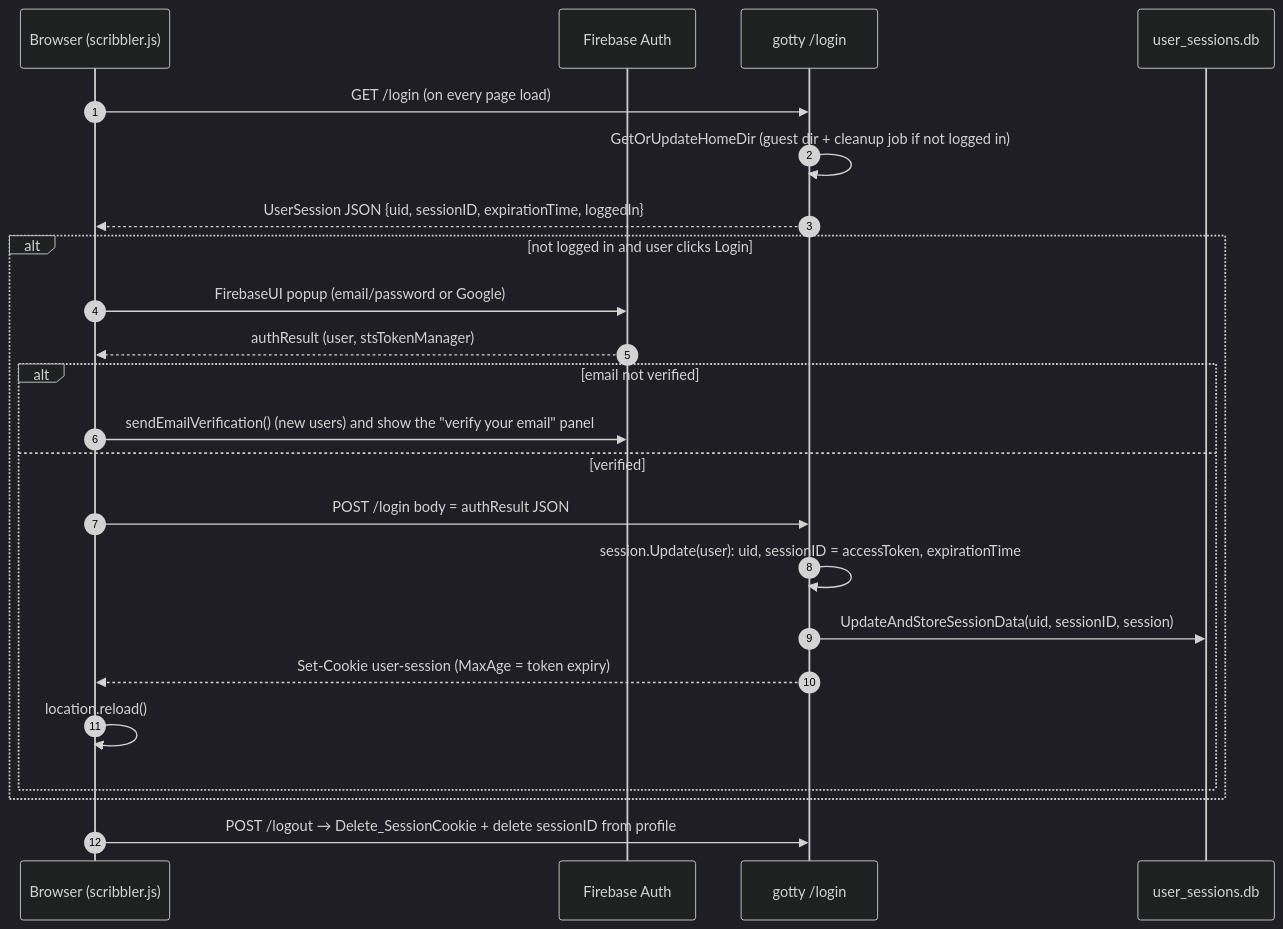
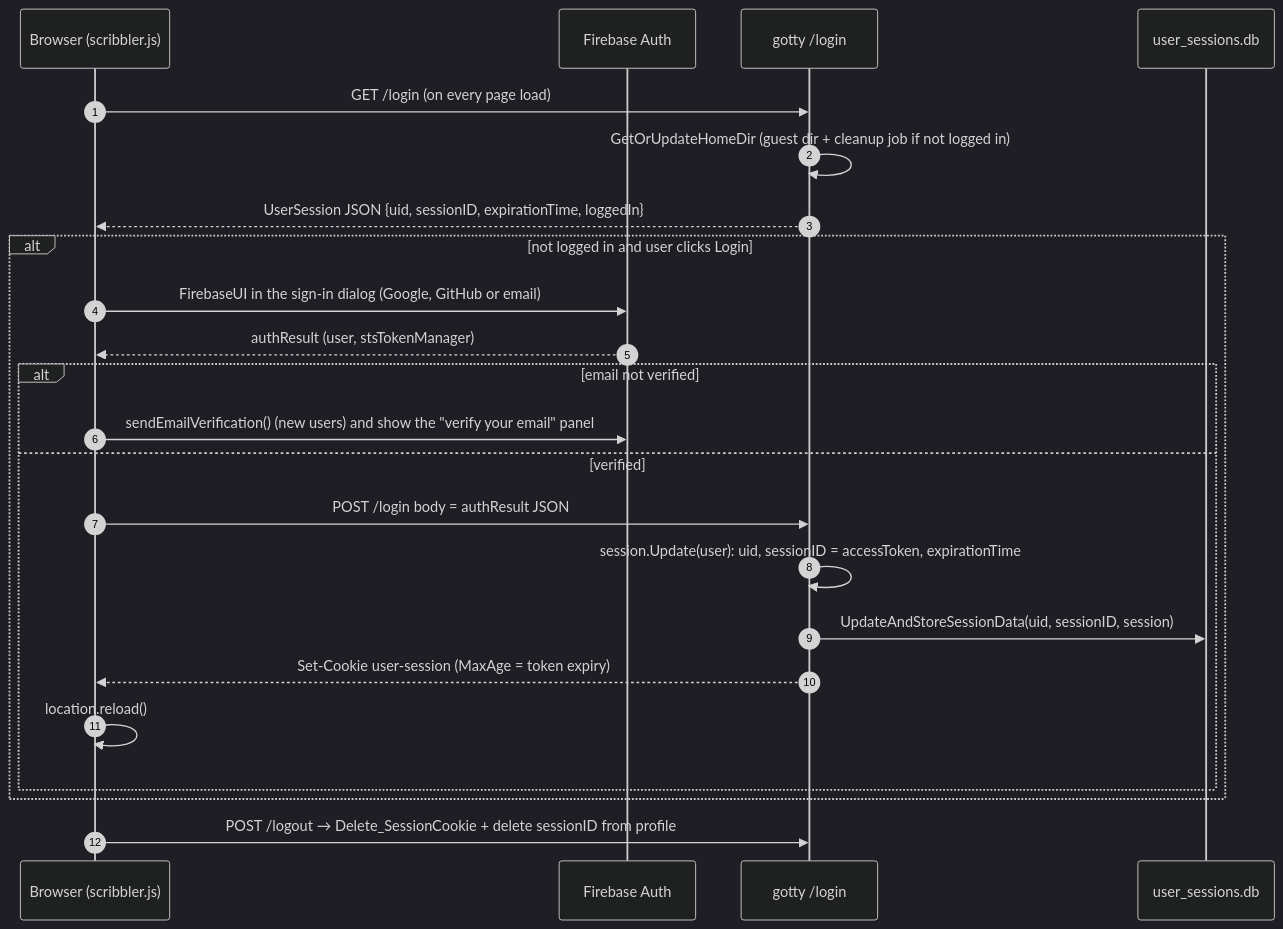
The first of 2 diagrams in docs/lld/05-auth-sessions-storage.md (vickeykumar/openrepl), drawn with Mermaid (dark theme) before and after one commit. The commit also changed other lines of this file and 11 other files, not shown here.

````diff
--- a/docs/lld/05-auth-sessions-storage.md
+++ b/docs/lld/05-auth-sessions-storage.md
@@ -9,25 +9,25 @@
 ```mermaid
 sequenceDiagram
     autonumber
     participant B as Browser (scribbler.js)
     participant FA as Firebase Auth
     participant S as gotty /login
     participant DB as user_sessions.db
     B->>S: GET /login (on every page load)
     S->>S: GetOrUpdateHomeDir (guest dir + cleanup job if not logged in)
     S-->>B: UserSession JSON {uid, sessionID, expirationTime, loggedIn}
     alt not logged in and user clicks Login
-        B->>FA: FirebaseUI popup (email/password or Google)
+        B->>FA: FirebaseUI in the sign-in dialog (Google, GitHub or email)
         FA-->>B: authResult (user, stsTokenManager)
         alt email not verified
             B->>FA: sendEmailVerification() (new users) and show the "verify your email" panel
         else verified
             B->>S: POST /login  body = authResult JSON
             S->>S: session.Update(user): uid, sessionID = accessToken, expirationTime
             S->>DB: UpdateAndStoreSessionData(uid, sessionID, session)
             S-->>B: Set-Cookie user-session (MaxAge = token expiry)
             B->>B: location.reload()
         end
     end
     B->>S: POST /logout → Delete_SessionCookie + delete sessionID from profile
 ```
````
